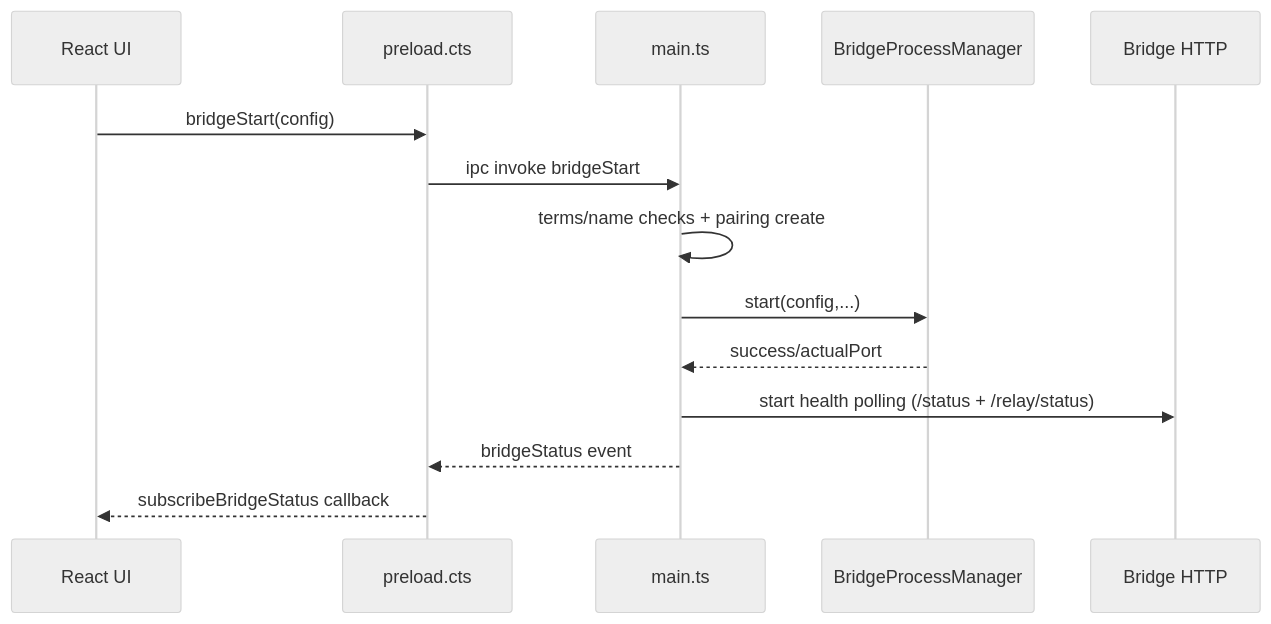
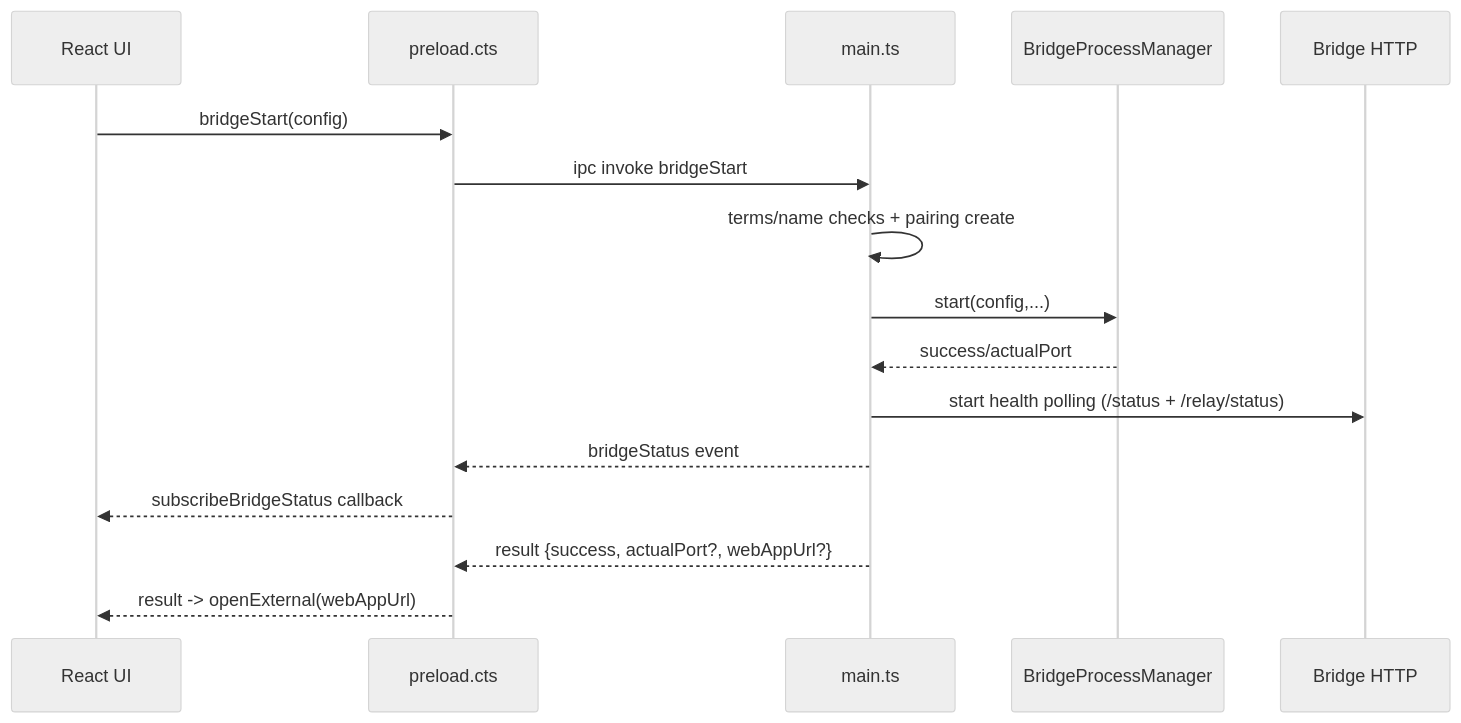
The second of 5 diagrams in docs/desktop/dataflows.md (pivotrecruiting/broadify-bridge), drawn with Mermaid (neutral theme) before and after one commit. The commit also changed other lines of this file and 8 other files, not shown here.

First line of the commit message:
fix(desktop): open the web app from the bridgeStart result instead of a racy status effect

````diff
--- a/docs/desktop/dataflows.md
+++ b/docs/desktop/dataflows.md
@@ -26,17 +26,19 @@
 ```mermaid
 sequenceDiagram
   participant UI as React UI
   participant Preload as preload.cts
   participant Main as main.ts
   participant BPM as BridgeProcessManager
   participant Bridge as Bridge HTTP
 
   UI->>Preload: bridgeStart(config)
   Preload->>Main: ipc invoke bridgeStart
   Main->>Main: terms/name checks + pairing create
   Main->>BPM: start(config,...)
   BPM-->>Main: success/actualPort
   Main->>Bridge: start health polling (/status + /relay/status)
   Main-->>Preload: bridgeStatus event
   Preload-->>UI: subscribeBridgeStatus callback
+  Main-->>Preload: result {success, actualPort?, webAppUrl?}
+  Preload-->>UI: result -> openExternal(webAppUrl)
 ```
````
